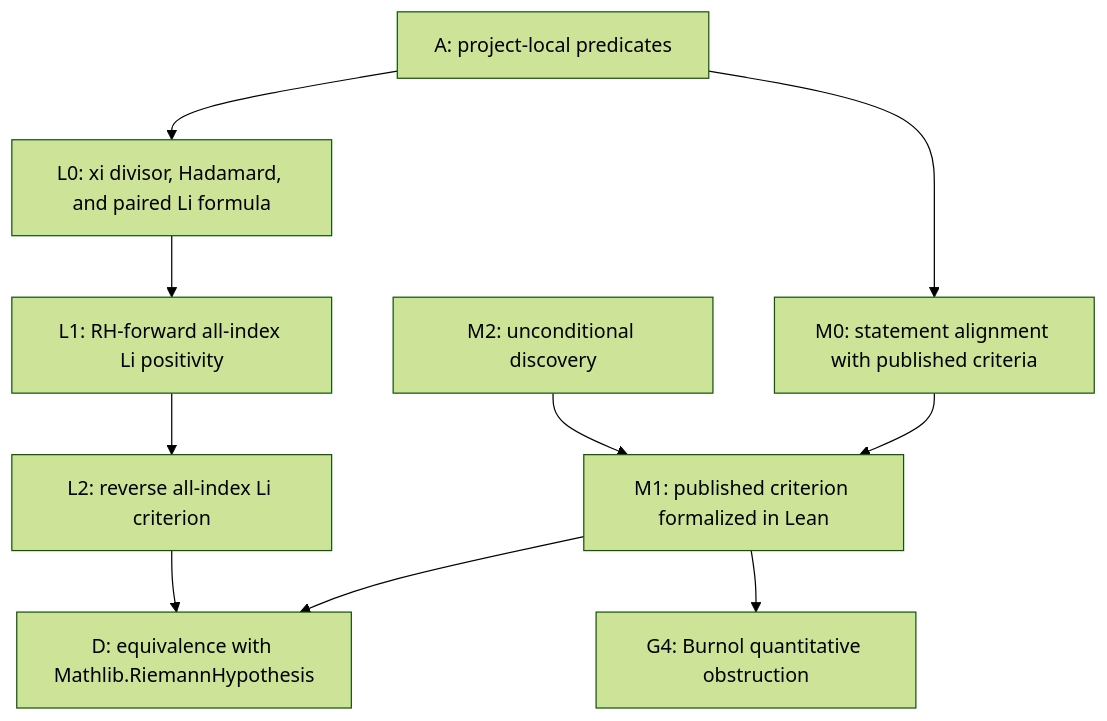
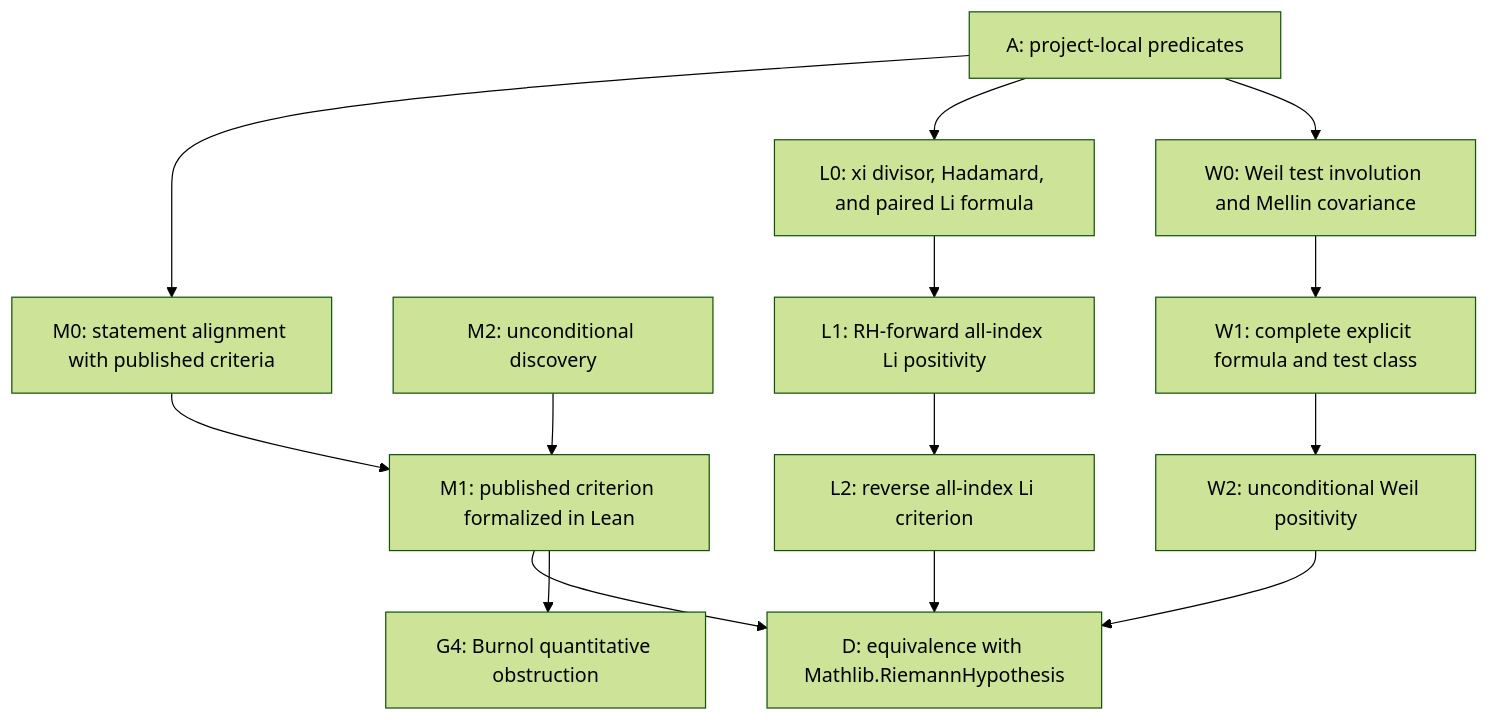
One commit to Ryugu-07/lean-lab-rh changed the diagram in research/hard_gap_dag.md. Above: the diagram before and after it, drawn with Mermaid (forest theme). The commit also changed other lines of this file and 9 other files, not shown here.

Commit message:
Formalize Weil test-function involution

````diff
--- a/research/hard_gap_dag.md
+++ b/research/hard_gap_dag.md
@@ -12,12 +12,16 @@
 ```mermaid
 flowchart TD
     A["A: project-local predicates"] --> M0["M0: statement alignment with published criteria"]
     M0 --> M1["M1: published criterion formalized in Lean"]
     M1 --> D["D: equivalence with Mathlib.RiemannHypothesis"]
     E["M2: unconditional discovery"] --> M1
     M1 --> G4["G4: Burnol quantitative obstruction"]
     A --> L0["L0: xi divisor, Hadamard, and paired Li formula"]
     L0 --> L1["L1: RH-forward all-index Li positivity"]
     L1 --> L2["L2: reverse all-index Li criterion"]
     L2 --> D
+    A --> W0["W0: Weil test involution and Mellin covariance"]
+    W0 --> W1["W1: complete explicit formula and test class"]
+    W1 --> W2["W2: unconditional Weil positivity"]
+    W2 --> D
 ```
````
